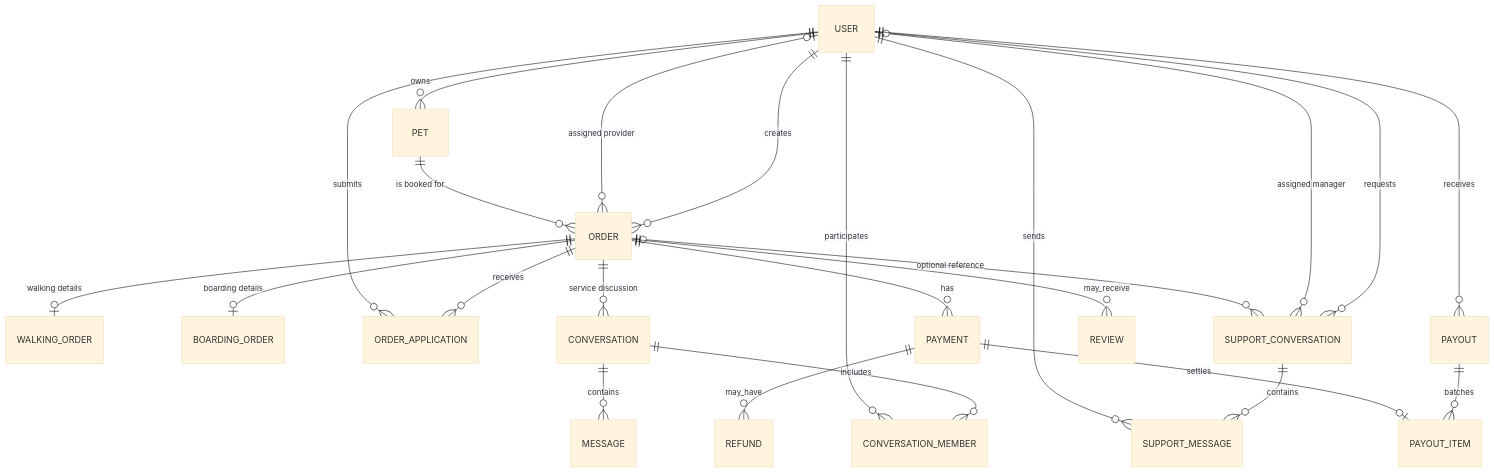
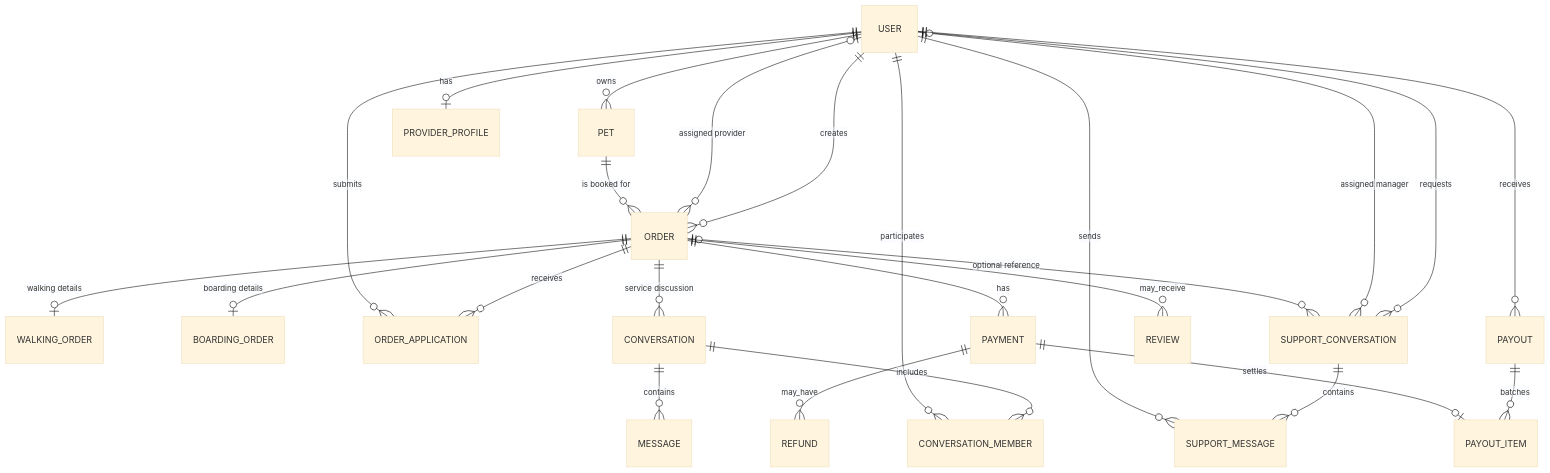
The diagram in docs/architecture/DATA_MODEL.md (Yuri-Startup-official/dog-walking-frontend), drawn with Mermaid (base theme) before and after one commit. The commit also changed other lines of this file and 4 other files, not shown here.

````diff
--- a/docs/architecture/DATA_MODEL.md
+++ b/docs/architecture/DATA_MODEL.md
@@ -7,26 +7,27 @@
 ```mermaid
 erDiagram
   USER ||--o{ PET : owns
+  USER ||--o| PROVIDER_PROFILE : has
   USER ||--o{ ORDER : creates
   USER o|--o{ ORDER : "assigned provider"
   PET ||--o{ ORDER : "is booked for"
   ORDER ||--o| WALKING_ORDER : "walking details"
   ORDER ||--o| BOARDING_ORDER : "boarding details"
   ORDER ||--o{ ORDER_APPLICATION : receives
   USER ||--o{ ORDER_APPLICATION : submits
   ORDER ||--o{ CONVERSATION : "service discussion"
   CONVERSATION ||--o{ CONVERSATION_MEMBER : includes
   USER ||--o{ CONVERSATION_MEMBER : participates
   CONVERSATION ||--o{ MESSAGE : contains
   USER ||--o{ SUPPORT_CONVERSATION : requests
   USER o|--o{ SUPPORT_CONVERSATION : "assigned manager"
   ORDER o|--o{ SUPPORT_CONVERSATION : "optional reference"
   SUPPORT_CONVERSATION ||--o{ SUPPORT_MESSAGE : contains
   USER ||--o{ SUPPORT_MESSAGE : sends
   ORDER ||--o{ PAYMENT : has
   PAYMENT ||--o{ REFUND : may_have
   USER ||--o{ PAYOUT : receives
   PAYOUT ||--o{ PAYOUT_ITEM : batches
   PAYMENT ||--o| PAYOUT_ITEM : settles
   ORDER ||--o{ REVIEW : may_receive
 ```
````
